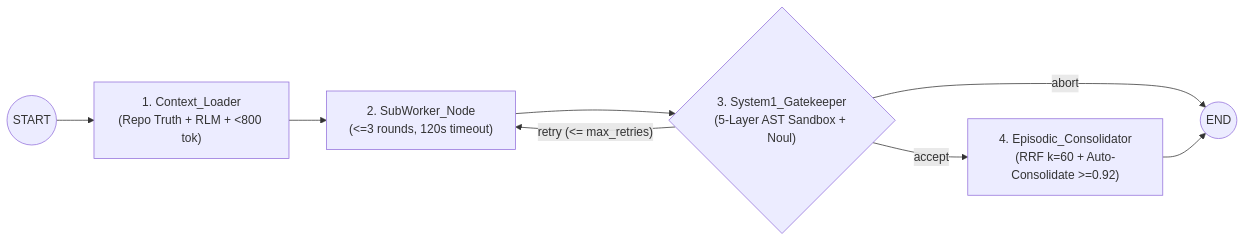
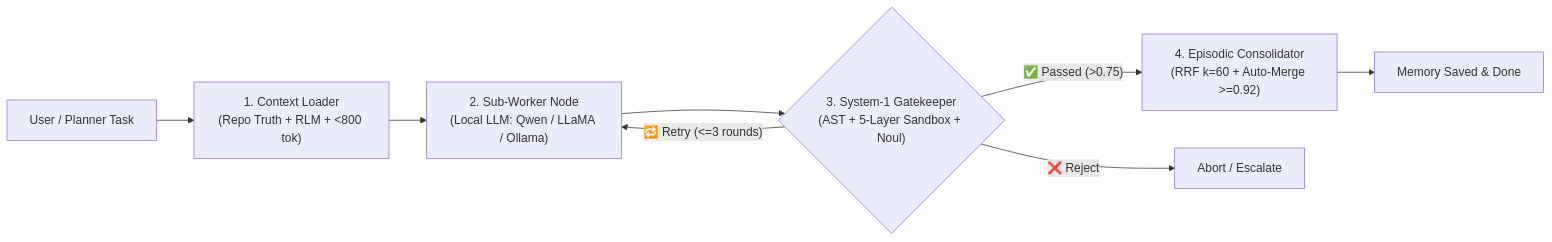
One commit to frankycode96/CoreNGN changed the diagram in README.md. Above: the diagram before and after it, drawn with Mermaid. The commit also changed other lines of this file, not shown here.

````diff
--- a/README.md
+++ b/README.md
@@ -48,10 +41,10 @@
 ```mermaid
 flowchart LR
-    START((START)) --> CL["1. Context_Loader<br/>(Repo Truth + RLM + <800 tok)"]
-    CL --> SW["2. SubWorker_Node<br/>(<=3 rounds, 120s timeout)"]
-    SW --> GK{"3. System1_Gatekeeper<br/>(5-Layer AST Sandbox + Noul)"}
-    GK -- "accept" --> EC["4. Episodic_Consolidator<br/>(RRF k=60 + Auto-Consolidate >=0.92)"]
-    GK -- "retry (<= max_retries)" --> SW
-    GK -- "abort" --> END((END))
-    EC --> END
+    Task["User / Planner Task"] --> CL["1. Context Loader<br/>(Repo Truth + RLM + &lt;800 tok)"]
+    CL --> SW["2. Sub-Worker Node<br/>(Local LLM: Qwen / LLaMA / Ollama)"]
+    SW --> GK{"3. System-1 Gatekeeper<br/>(AST + 5-Layer Sandbox + Noul)"}
+    GK -- "✅ Passed (>0.75)" --> EC["4. Episodic Consolidator<br/>(RRF k=60 + Auto-Merge &gt;=0.92)"]
+    GK -- "🔁 Retry (&lt;=3 rounds)" --> SW
+    GK -- "❌ Reject" --> Abort["Abort / Escalate"]
+    EC --> Done["Memory Saved & Done"]
 ```
````
